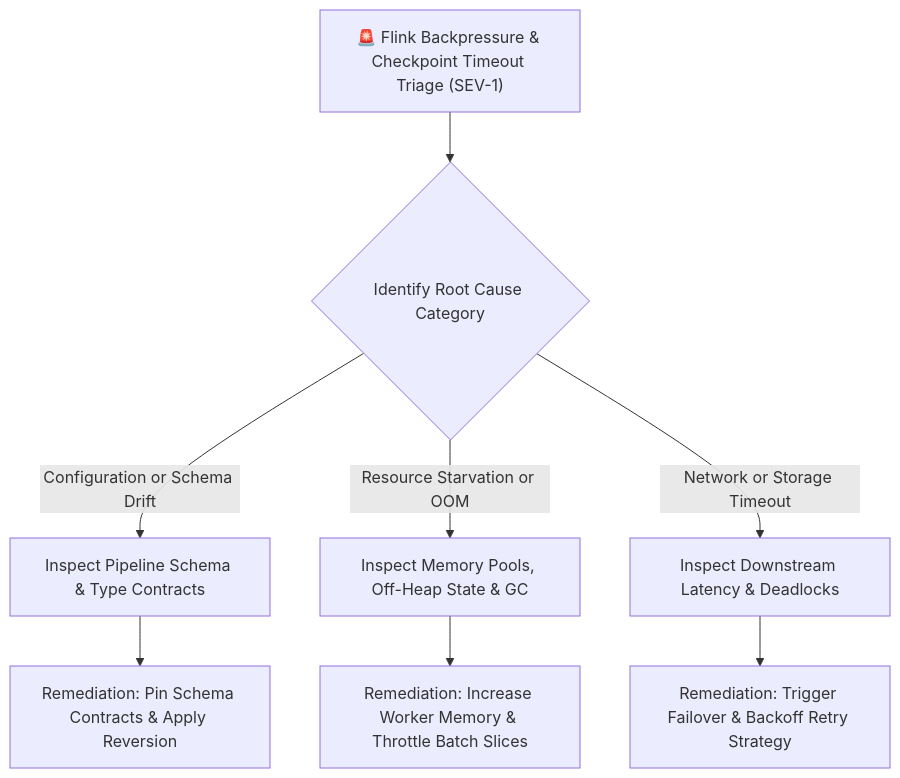
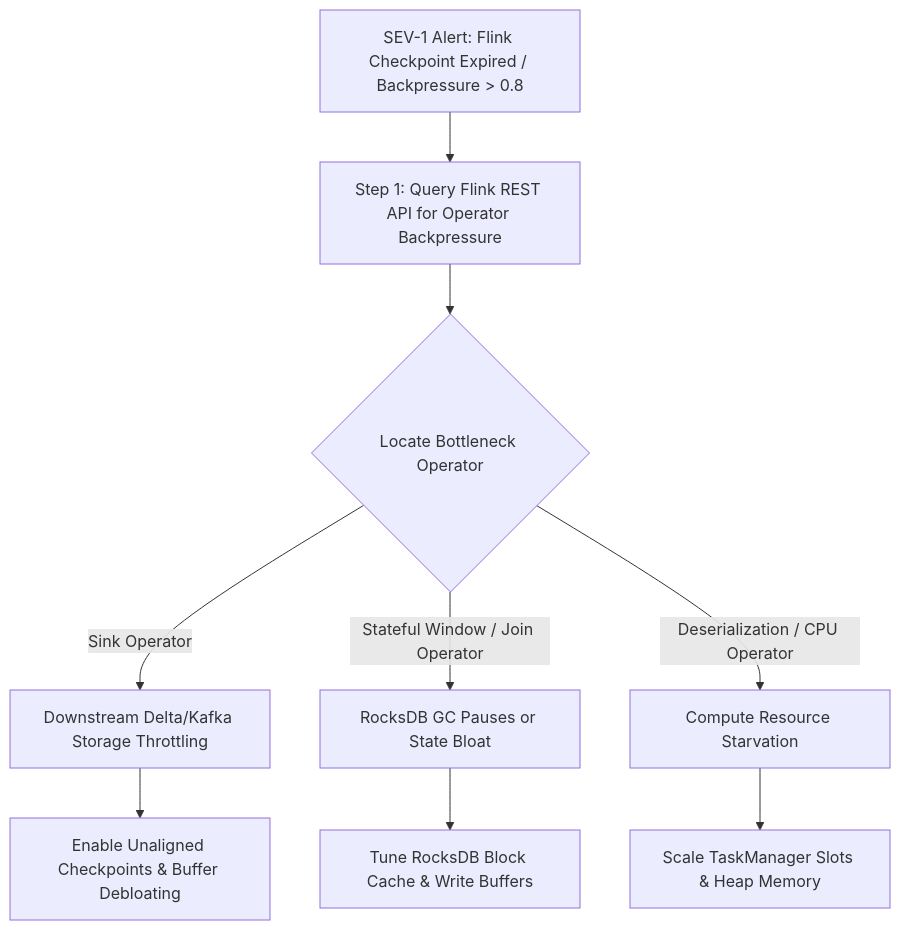
Before and after one commit to santoshjammi29/streaming-handbook: the diagram in runbooks/02_flink_backpressure_and_checkpoint_timeout_triage.md, drawn with Mermaid. The commit also changed other lines of this file and 11 other files, not shown here.

````diff
--- a/runbooks/02_flink_backpressure_and_checkpoint_timeout_triage.md
+++ b/runbooks/02_flink_backpressure_and_checkpoint_timeout_triage.md
@@ -11,12 +12,13 @@
 ```mermaid
 flowchart TD
-    Alert["🚨 Flink Backpressure & Checkpoint Timeout Triage (SEV-1)"] --> TriageCategory{"Identify Root Cause Category"}
+    Alert["SEV-1 Alert: Flink Checkpoint Expired / Backpressure > 0.8"] --> InspectBackpressure["Step 1: Query Flink REST API for Operator Backpressure"]
+    InspectBackpressure --> IdentifyBottleneck{"Locate Bottleneck Operator"}
     
-    TriageCategory -->|"Configuration or Schema Drift"| ConfigTriage["Inspect Pipeline Schema & Type Contracts"]
-    TriageCategory -->|"Resource Starvation or OOM"| ResourceTriage["Inspect Memory Pools, Off-Heap State & GC"]
-    TriageCategory -->|"Network or Storage Timeout"| NetworkTriage["Inspect Downstream Latency & Deadlocks"]
-
-    ConfigTriage --> FixConfig["Remediation: Pin Schema Contracts & Apply Reversion"]
-    ResourceTriage --> FixResource["Remediation: Increase Worker Memory & Throttle Batch Slices"]
-    NetworkTriage --> FixNetwork["Remediation: Trigger Failover & Backoff Retry Strategy"]
+    IdentifyBottleneck -->|"Sink Operator"| SinkIssue["Downstream Delta/Kafka Storage Throttling"]
+    IdentifyBottleneck -->|"Stateful Window / Join Operator"| StateIssue["RocksDB GC Pauses or State Bloat"]
+    IdentifyBottleneck -->|"Deserialization / CPU Operator"| CpuIssue["Compute Resource Starvation"]
+    
+    SinkIssue --> EnableUnaligned["Enable Unaligned Checkpoints & Buffer Debloating"]
+    StateIssue --> TuneRocksDB["Tune RocksDB Block Cache & Write Buffers"]
+    CpuIssue --> ScaleTaskManagers["Scale TaskManager Slots & Heap Memory"]
 ```
````
